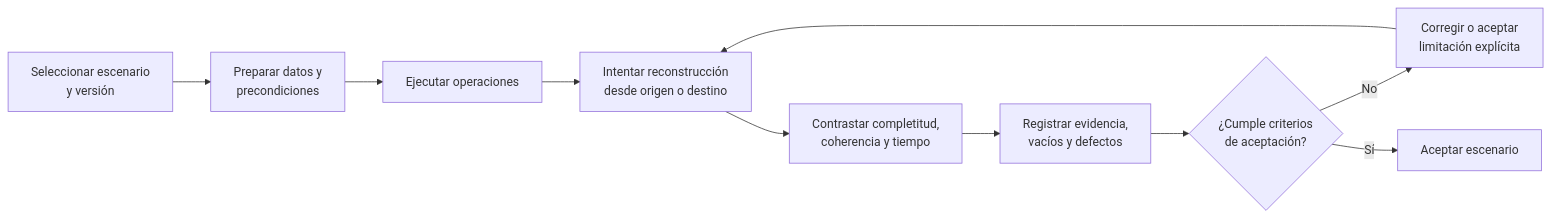
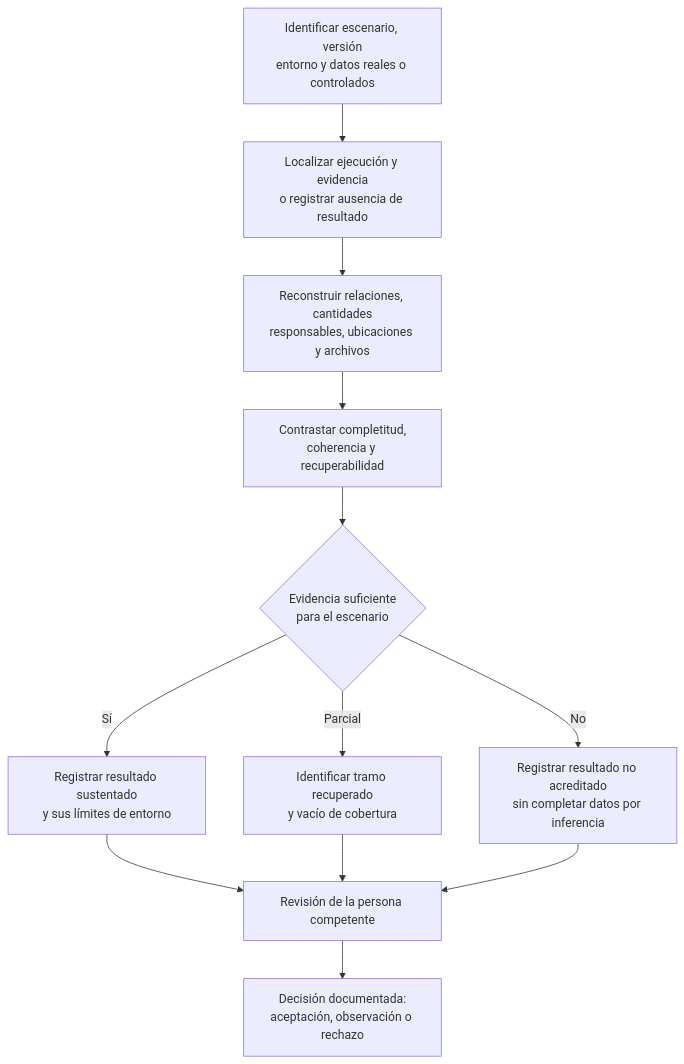
Before and after one commit to R3foresta/r3foresta-docs: the diagram in documentacion-grado/06_entregables/proyecto_grado/03_4_fase_transicion.md, drawn with Mermaid. The commit also changed other lines of this file and 58 other files, not shown here.

````diff
--- a/documentacion-grado/06_entregables/proyecto_grado/03_4_fase_transicion.md
+++ b/documentacion-grado/06_entregables/proyecto_grado/03_4_fase_transicion.md
@@ -45,12 +51,14 @@
 ```mermaid
-flowchart LR
-  S[Seleccionar escenario<br/>y versión] --> D[Preparar datos y<br/>precondiciones]
-  D --> E[Ejecutar operaciones]
-  E --> R[Intentar reconstrucción<br/>desde origen o destino]
-  R --> C[Contrastar completitud,<br/>coherencia y tiempo]
-  C --> H[Registrar evidencia,<br/>vacíos y defectos]
-  H --> Q{¿Cumple criterios<br/>de aceptación?}
-  Q -- No --> X[Corregir o aceptar<br/>limitación explícita]
-  Q -- Sí --> A[Aceptar escenario]
-  X --> R
+flowchart TD
+    S[Identificar escenario, versión<br/>entorno y datos reales o controlados] --> E[Localizar ejecución y evidencia<br/>o registrar ausencia de resultado]
+    E --> R[Reconstruir relaciones, cantidades<br/>responsables, ubicaciones y archivos]
+    R --> C[Contrastar completitud,<br/>coherencia y recuperabilidad]
+    C --> D{Evidencia suficiente<br/>para el escenario}
+    D -- Sí --> V[Registrar resultado sustentado<br/>y sus límites de entorno]
+    D -- Parcial --> P[Identificar tramo recuperado<br/>y vacío de cobertura]
+    D -- No --> N[Registrar resultado no acreditado<br/>sin completar datos por inferencia]
+    V --> H[Revisión de la persona competente]
+    P --> H
+    N --> H
+    H --> A[Decisión documentada:<br/>aceptación, observación o rechazo]
 ```
````
